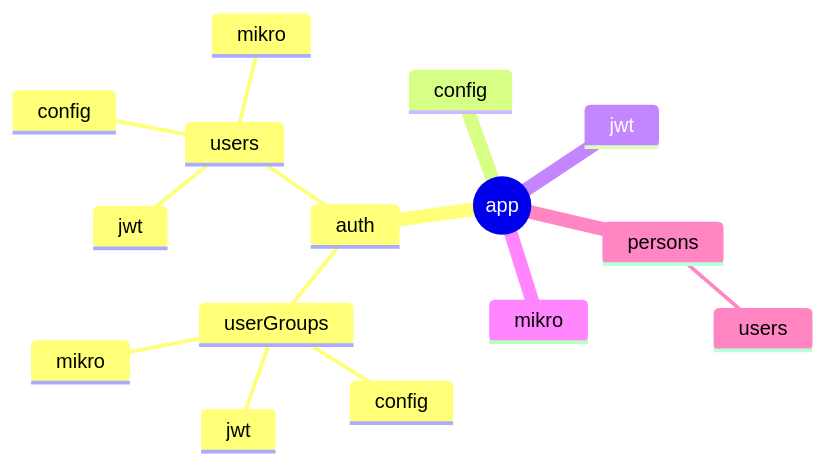
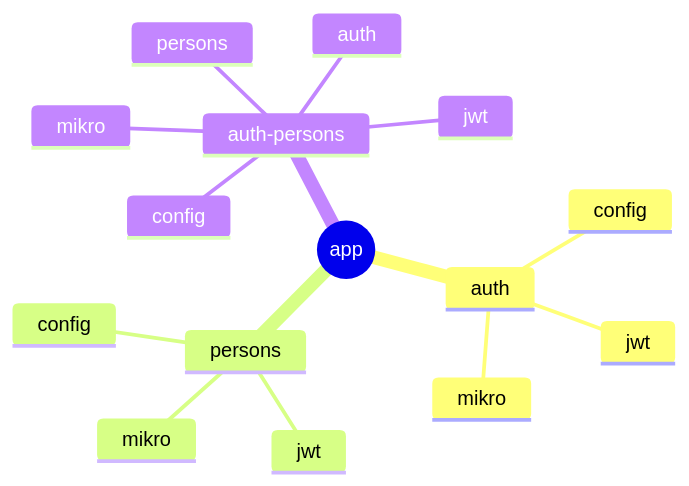
One commit to virtualitems/nestjs-users changed the diagram in docs/nestjs.md. Above: the diagram before and after it, drawn with Mermaid. The commit also changed 1 other file, not shown here.

Commit message:
refactor: update authentication documentation and restructure NestJS mindmap

````diff
--- a/docs/nestjs.md
+++ b/docs/nestjs.md
@@ -3,18 +3,18 @@
 ```mermaid
 mindmap
     root((app))
         auth
-            userGroups
-                config
-                jwt
-                mikro
-            users
-                config
-                jwt
-                mikro
-        config
-        jwt
-        mikro
+            config
+            jwt
+            mikro
         persons
-            users
+            config
+            jwt
+            mikro
+        auth-persons
+            auth
+            persons
+            config
+            jwt
+            mikro
 ```
````
